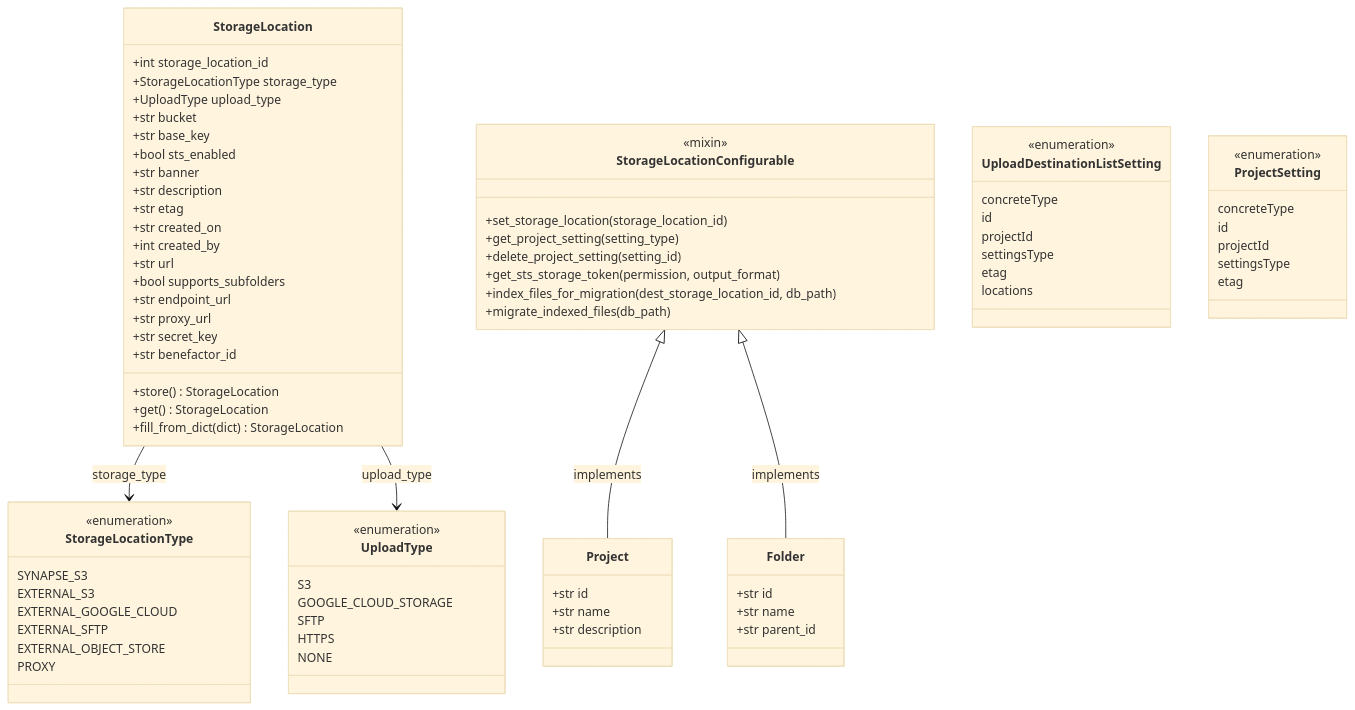
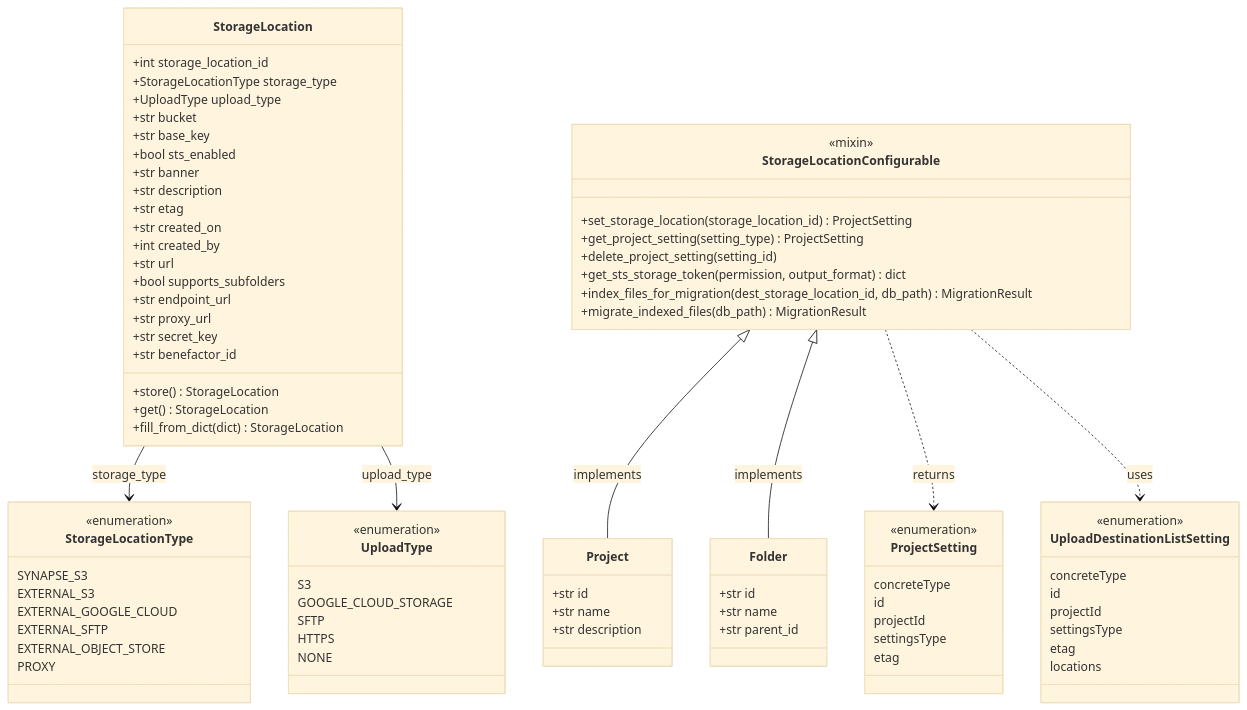
The first of 11 diagrams in docs/explanations/storage_location_architecture.md (Sage-Bionetworks/synapsePythonClient), drawn with Mermaid (base theme) before and after one commit.

Commit message:
test mermaid

````diff
--- a/docs/explanations/storage_location_architecture.md
+++ b/docs/explanations/storage_location_architecture.md
@@ -115,12 +115,12 @@
 
     class StorageLocationConfigurable {
         <<mixin>>
-        +set_storage_location(storage_location_id)
-        +get_project_setting(setting_type)
+        +set_storage_location(storage_location_id) ProjectSetting
+        +get_project_setting(setting_type) ProjectSetting
         +delete_project_setting(setting_id)
-        +get_sts_storage_token(permission, output_format)
-        +index_files_for_migration(dest_storage_location_id, db_path)
-        +migrate_indexed_files(db_path)
+        +get_sts_storage_token(permission, output_format) dict
+        +index_files_for_migration(dest_storage_location_id, db_path) MigrationResult
+        +migrate_indexed_files(db_path) MigrationResult
     }
 
     class Project {
@@ -158,4 +158,7 @@
     StorageLocation --> UploadType : upload_type
     StorageLocationConfigurable <|-- Project : implements
     StorageLocationConfigurable <|-- Folder : implements
+    StorageLocationConfigurable ..> ProjectSetting : returns
+    StorageLocationConfigurable ..> UploadDestinationListSetting : uses
+
 ```
````
